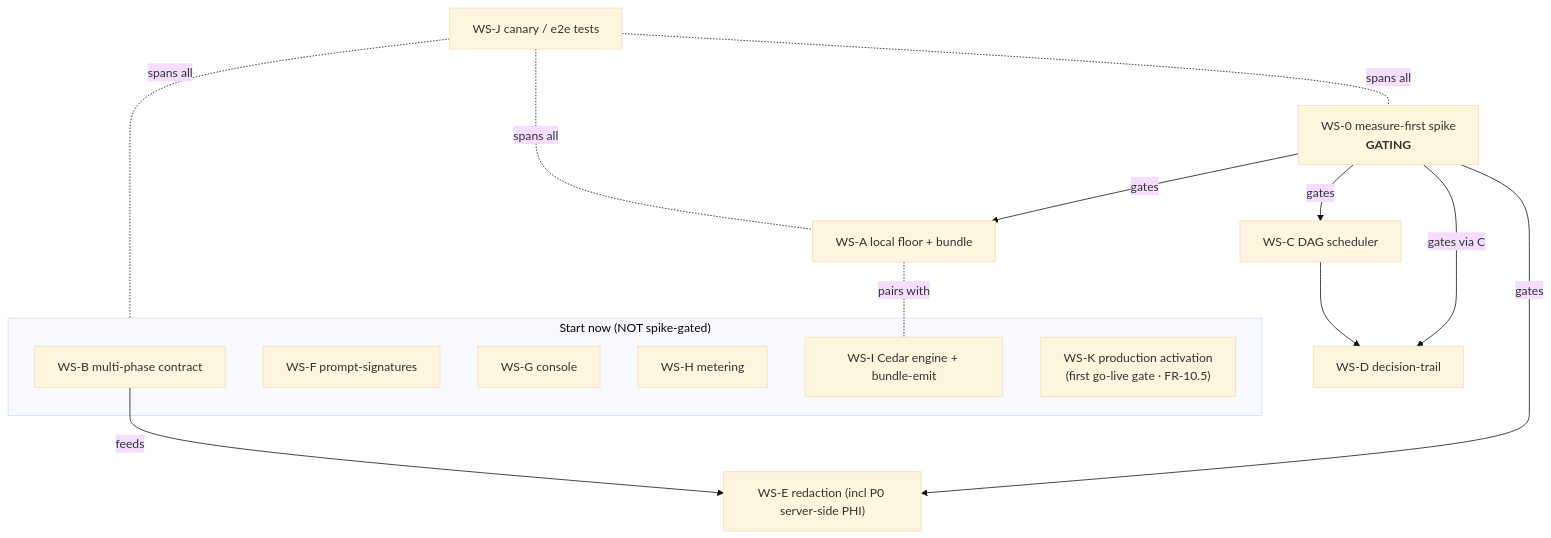
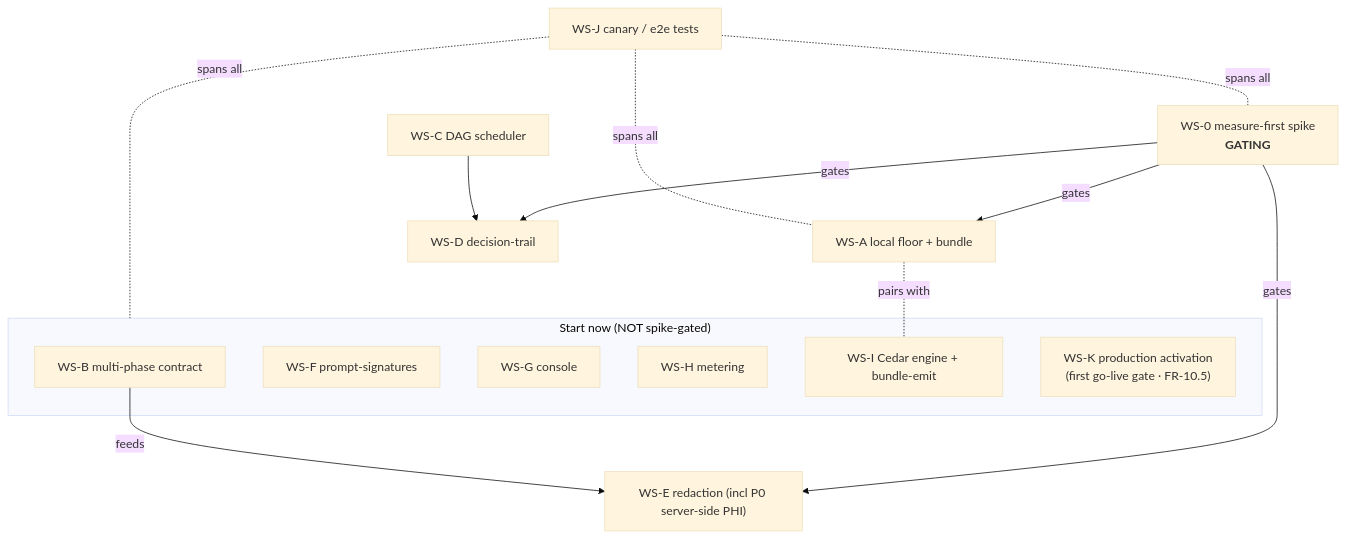
The diagram in tasks/serverless-edition/00-index.md (shashank31mar/Sentra), drawn with Mermaid (base theme) before and after one commit. The commit also changed other lines of this file and 4 other files, not shown here.

````diff
--- a/tasks/serverless-edition/00-index.md
+++ b/tasks/serverless-edition/00-index.md
@@ -40,30 +41,29 @@
 ```mermaid
 flowchart TD
   WS0["WS-0 measure-first spike<br/><b>GATING</b>"]
 
   subgraph now["Start now (NOT spike-gated)"]
     B["WS-B multi-phase contract"]
     F["WS-F prompt-signatures"]
     G["WS-G console"]
     H["WS-H metering"]
     I["WS-I Cedar engine + bundle-emit"]
     K["WS-K production activation<br/>(first go-live gate · FR-10.5)"]
   end
 
   A["WS-A local floor + bundle"]
   C["WS-C DAG scheduler"]
   D["WS-D decision-trail"]
   E["WS-E redaction (incl P0 server-side PHI)"]
   J["WS-J canary / e2e tests"]
 
   WS0 -->|gates| A
-  WS0 -->|gates| C
   WS0 -->|gates| E
-  WS0 -->|gates via C| D
+  WS0 -->|gates| D
   C --> D
   A -.pairs with.- I
   B -->|feeds| E
   J -.spans all.- WS0
   J -.spans all.- now
   J -.spans all.- A
 ```
````
